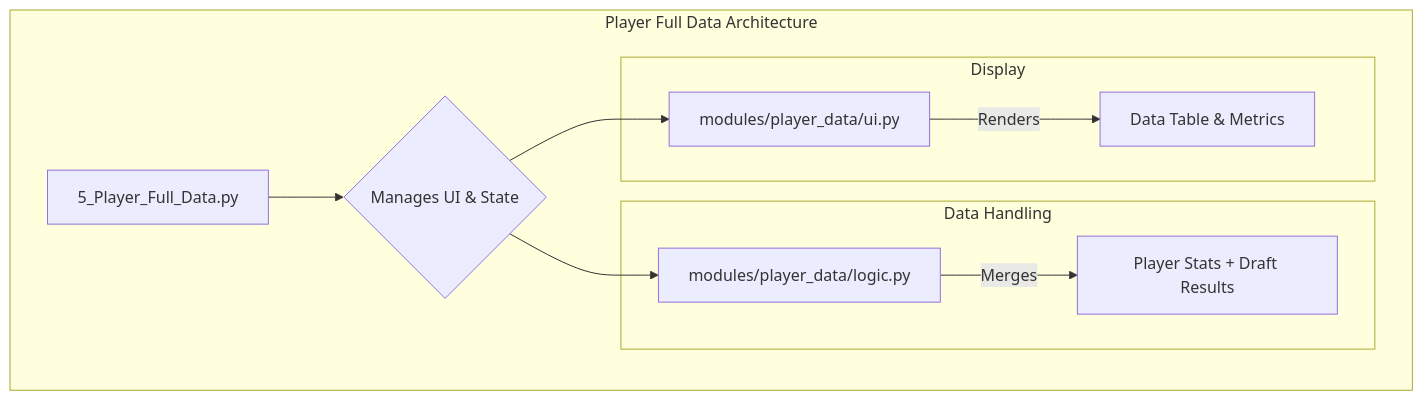
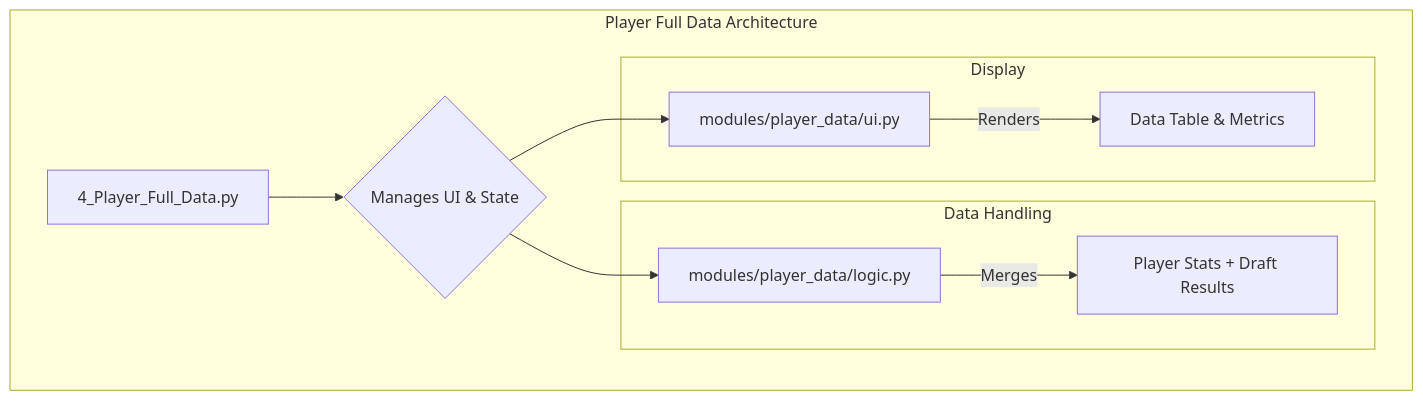
The diagram in CascadeProjects/windsurf-project/fantasy-trade-analyzer/plan/deep_dive/170_Feature_Deep_Dive_-_Player_Full_Data.md (lwackahg/Fantasy-Project), drawn with Mermaid before and after one commit. The commit also changed other lines of this file and 8 other files, not shown here.

````diff
--- a/CascadeProjects/windsurf-project/fantasy-trade-analyzer/plan/deep_dive/170_Feature_Deep_Dive_-_Player_Full_Data.md
+++ b/CascadeProjects/windsurf-project/fantasy-trade-analyzer/plan/deep_dive/170_Feature_Deep_Dive_-_Player_Full_Data.md
@@ -17,16 +17,16 @@
 ```mermaid
 graph TD
     subgraph "Player Full Data Architecture"
-        A[5_Player_Full_Data.py] --> B{Manages UI & State};
+        A[4_Player_Full_Data.py] --> B{Manages UI & State};
         B --> C[modules/player_data/logic.py];
         B --> D[modules/player_data/ui.py];
 
         subgraph "Data Handling"
             C -- Merges --> E[Player Stats + Draft Results];
         end
 
         subgraph "Display"
             D -- Renders --> F[Data Table & Metrics];
         end
     end
 ```
````
